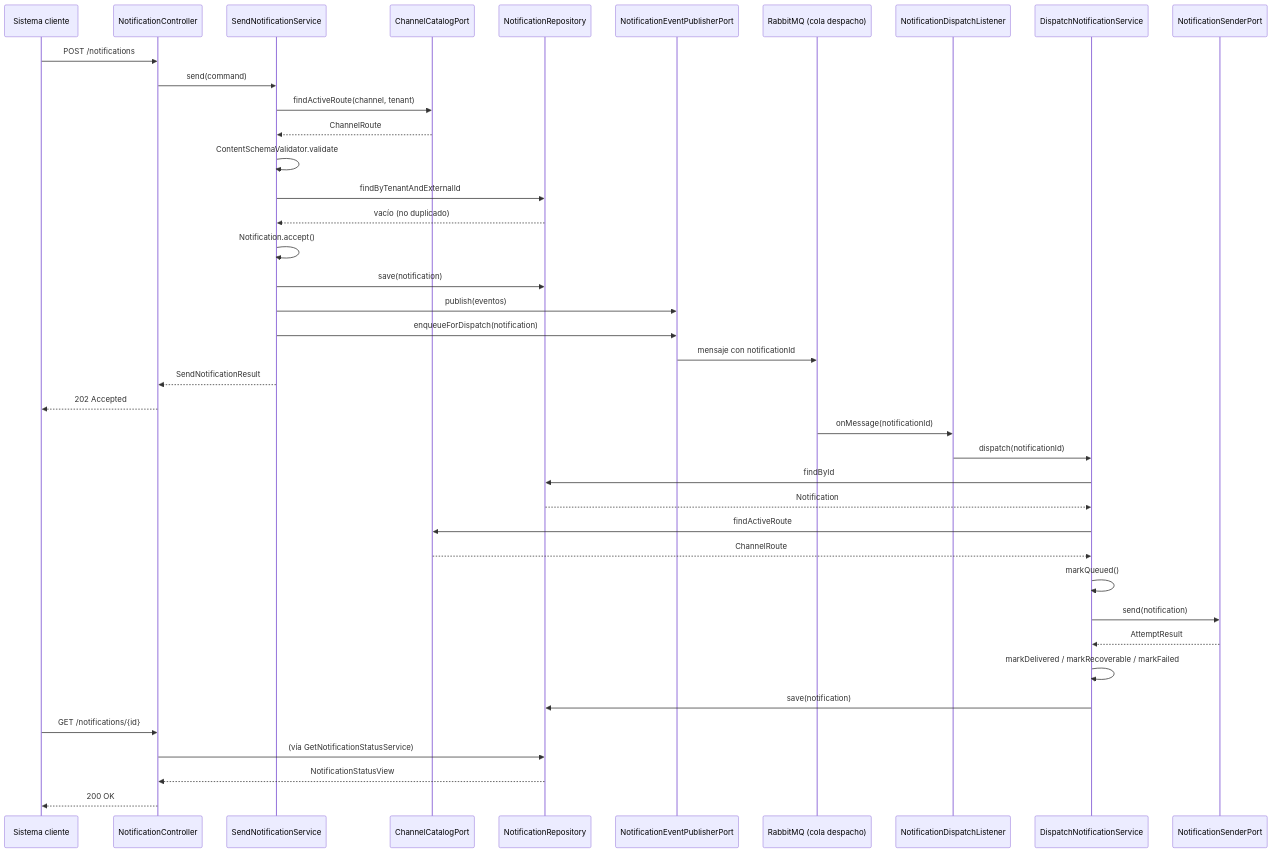
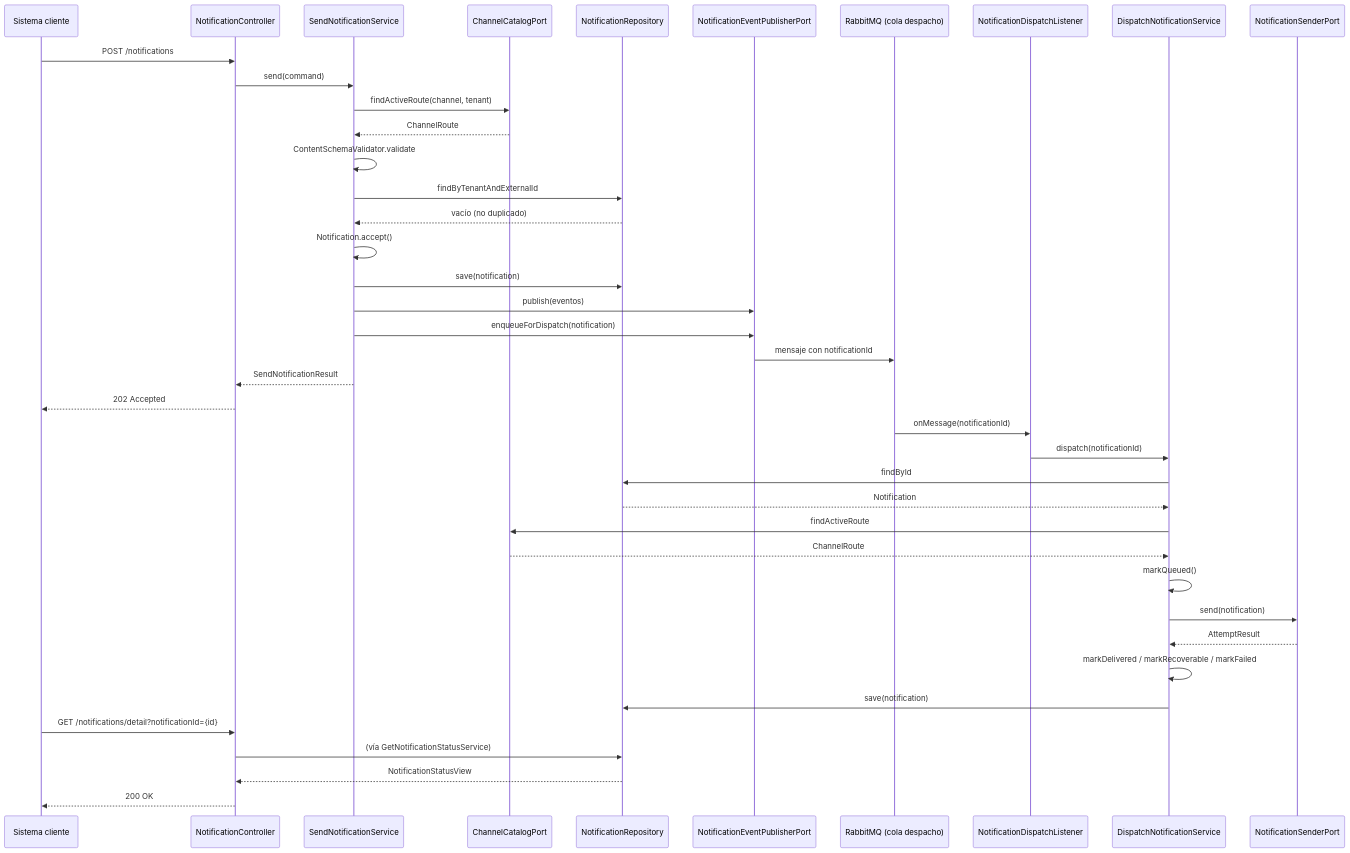
Before and after one commit to Andruortiz/Notification-uco: the diagram in docs/diagramas/04-secuencia-envio-despacho.md, drawn with Mermaid. The commit also changed 10 other files, not shown here.

````diff
--- a/docs/diagramas/04-secuencia-envio-despacho.md
+++ b/docs/diagramas/04-secuencia-envio-despacho.md
@@ -7,45 +7,45 @@
 ```mermaid
 sequenceDiagram
     participant C as Sistema cliente
     participant API as NotificationController
     participant UC as SendNotificationService
     participant CAT as ChannelCatalogPort
     participant REPO as NotificationRepository
     participant PUB as NotificationEventPublisherPort
     participant MQ as RabbitMQ (cola despacho)
     participant LIS as NotificationDispatchListener
     participant DISP as DispatchNotificationService
     participant SEND as NotificationSenderPort
 
     C->>API: POST /notifications
     API->>UC: send(command)
     UC->>CAT: findActiveRoute(channel, tenant)
     CAT-->>UC: ChannelRoute
     UC->>UC: ContentSchemaValidator.validate
     UC->>REPO: findByTenantAndExternalId
     REPO-->>UC: vacío (no duplicado)
     UC->>UC: Notification.accept()
     UC->>REPO: save(notification)
     UC->>PUB: publish(eventos)
     UC->>PUB: enqueueForDispatch(notification)
     PUB->>MQ: mensaje con notificationId
     UC-->>API: SendNotificationResult
     API-->>C: 202 Accepted
 
     MQ->>LIS: onMessage(notificationId)
     LIS->>DISP: dispatch(notificationId)
     DISP->>REPO: findById
     REPO-->>DISP: Notification
     DISP->>CAT: findActiveRoute
     CAT-->>DISP: ChannelRoute
     DISP->>DISP: markQueued()
     DISP->>SEND: send(notification)
     SEND-->>DISP: AttemptResult
     DISP->>DISP: markDelivered / markRecoverable / markFailed
     DISP->>REPO: save(notification)
 
-    C->>API: GET /notifications/{id}
+    C->>API: GET /notifications/detail?notificationId={id}
     API->>REPO: (vía GetNotificationStatusService)
     REPO-->>API: NotificationStatusView
     API-->>C: 200 OK
 ```
````
